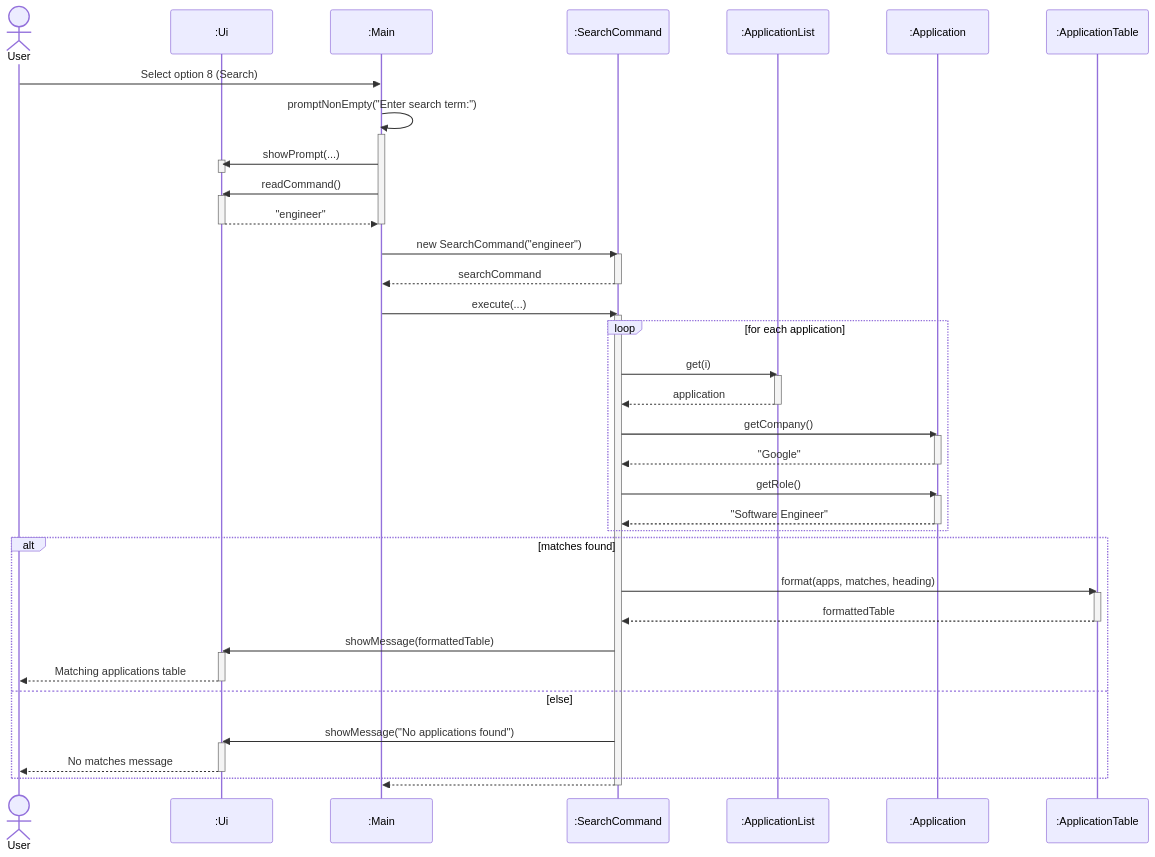
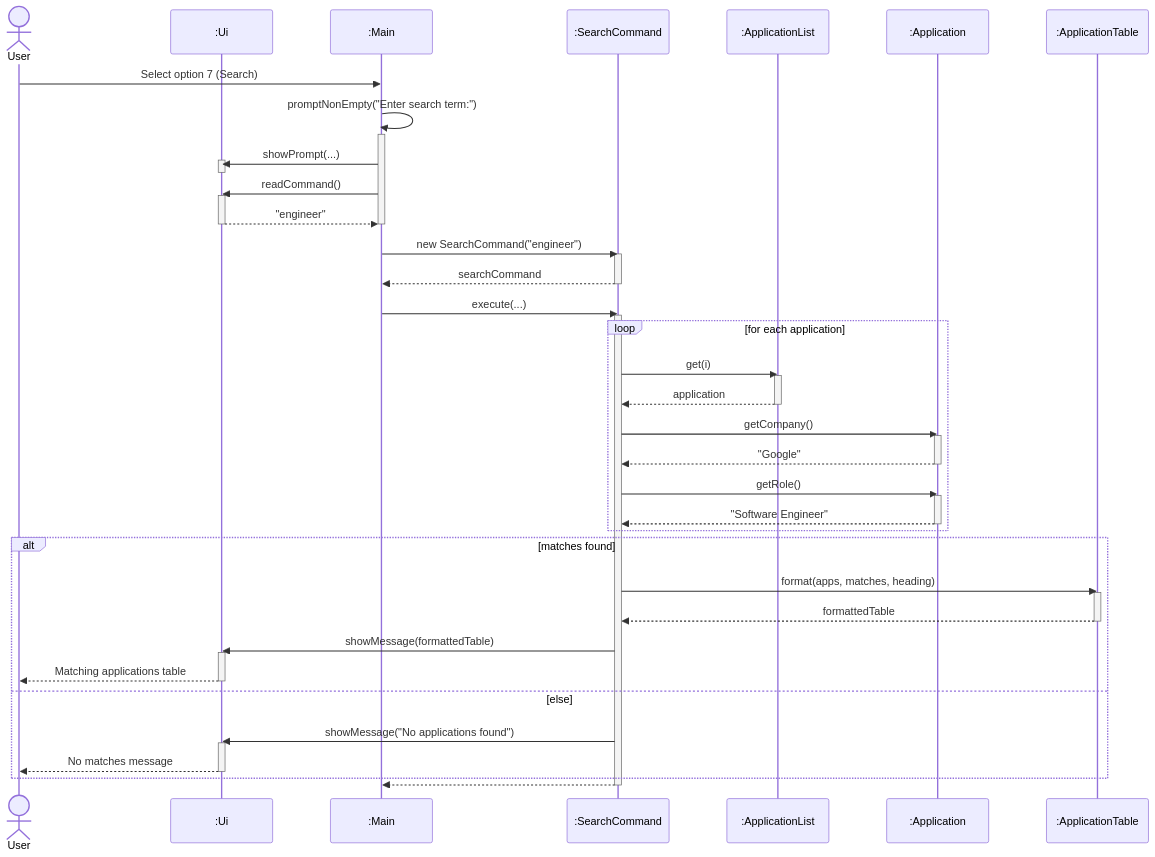
Before and after one commit to AY2627S1-CS2113-T10-2/tp: the diagram in docs/diagrams/sources/search-sequence.mmd, drawn with Mermaid. The commit also changed 17 other files, not shown here.

```diff
--- a/docs/diagrams/sources/search-sequence.mmd
+++ b/docs/diagrams/sources/search-sequence.mmd
@@ -1,63 +1,63 @@
 %%{init: {'theme': 'default', 'sequence': {'actorMargin': 85, 'messageMargin': 45}}}%%
 %%{init: {'theme': 'default', 'sequence': {'actorMargin': 85, 'messageMargin': 45}}}%%
 %%{init: {'theme': 'default', 'sequence': {'actorMargin': 85, 'messageMargin': 45}}}%%
 sequenceDiagram
     actor user as User
     participant ui as :Ui
     participant main as :Main
     participant cmd as :SearchCommand
     participant list as :ApplicationList
     participant app as :Application
     participant table as :ApplicationTable
 
-    user->>main: Select option 8 (Search)
+    user->>main: Select option 7 (Search)
     main->>main: promptNonEmpty("Enter search term:")
     activate main
     main->>ui: showPrompt(...)
     activate ui
     deactivate ui
     main->>ui: readCommand()
     activate ui
     ui-->>main: "engineer"
     deactivate ui
     deactivate main
     main->>cmd: new SearchCommand("engineer")
     activate cmd
     cmd-->>main: searchCommand
     deactivate cmd
     main->>cmd: execute(...)
     activate cmd
 
     loop for each application
         cmd->>list: get(i)
         activate list
         list-->>cmd: application
         deactivate list
         cmd->>app: getCompany()
         activate app
         app-->>cmd: "Google"
         deactivate app
         cmd->>app: getRole()
         activate app
         app-->>cmd: "Software Engineer"
         deactivate app
     end
 
     alt matches found
         cmd->>table: format(apps, matches, heading)
         activate table
         table-->>cmd: formattedTable
         deactivate table
         cmd->>ui: showMessage(formattedTable)
         activate ui
         ui-->>user: Matching applications table
         deactivate ui
     else else
         cmd->>ui: showMessage("No applications found")
         activate ui
         ui-->>user: No matches message
         deactivate ui
     end
 
     cmd-->>main: 
     deactivate cmd
```
